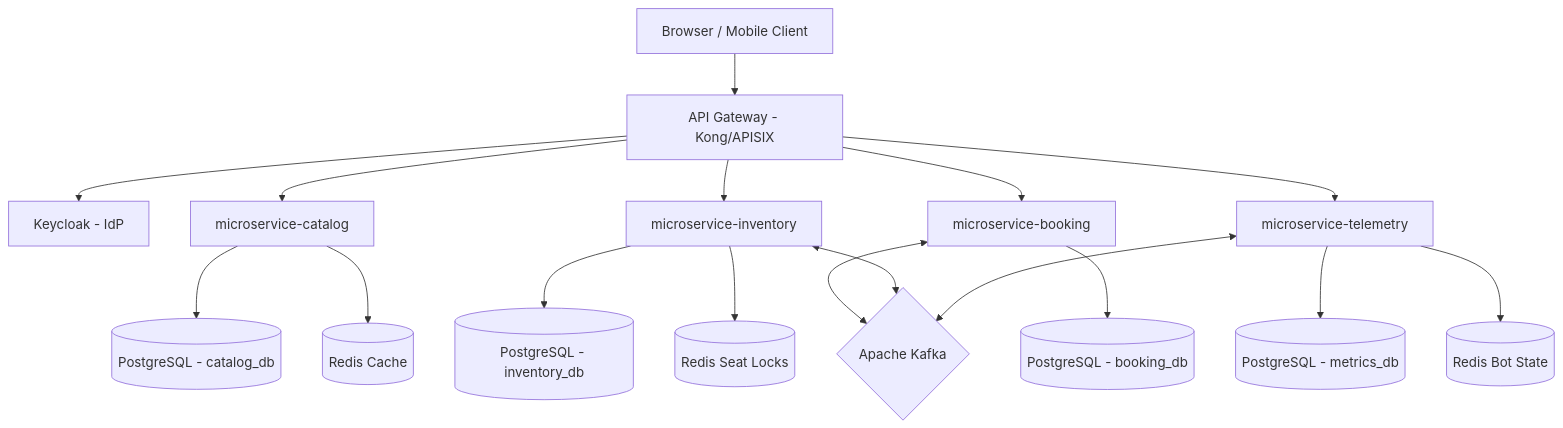
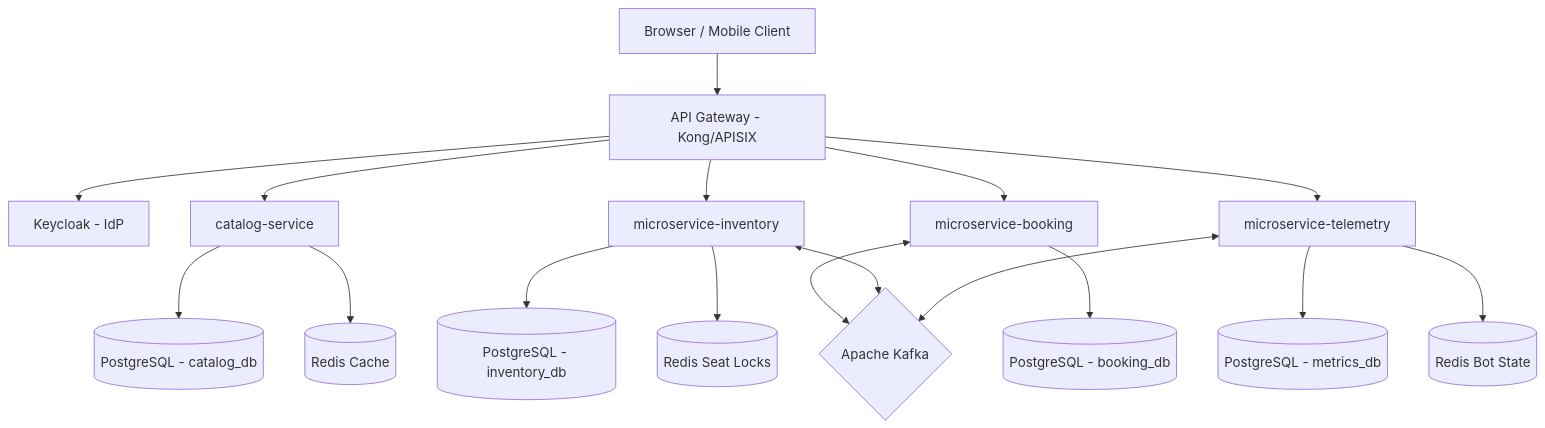
One commit to junior-vs/ticket-monster changed the third of 5 diagrams in ticketmonster/docs/olds/modernization_architecture.md. Above: the diagram before and after it, drawn with Mermaid. The commit also changed other lines of this file and 70 other files, not shown here.

First line of the commit message:
refactor: rename microservice-catalog to catalog-service across documentation and codebase

````diff
--- a/ticketmonster/docs/olds/modernization_architecture.md
+++ b/ticketmonster/docs/olds/modernization_architecture.md
@@ -379,25 +379,25 @@
 ```mermaid
 graph TD
     Client[Browser / Mobile Client] --> Gateway[API Gateway - Kong/APISIX]
     Gateway --> Keycloak[Keycloak - IdP]
     
-    Gateway --> CatMS[microservice-catalog]
+    Gateway --> CatMS[catalog-service]
     Gateway --> InvMS[microservice-inventory]
     Gateway --> BookMS[microservice-booking]
     Gateway --> TeleMS[microservice-telemetry]
 
     CatMS --> CatDB[(PostgreSQL - catalog_db)]
     CatMS --> RedisCat[(Redis Cache)]
 
     InvMS --> InvDB[(PostgreSQL - inventory_db)]
     InvMS --> RedisInv[(Redis Seat Locks)]
 
     BookMS --> BookDB[(PostgreSQL - booking_db)]
 
     TeleMS --> TeleDB[(PostgreSQL - metrics_db)]
     TeleMS --> RedisTele[(Redis Bot State)]
 
     BookMS <--> Kafka{Apache Kafka}
     InvMS <--> Kafka
     TeleMS <--> Kafka
 ```
````
